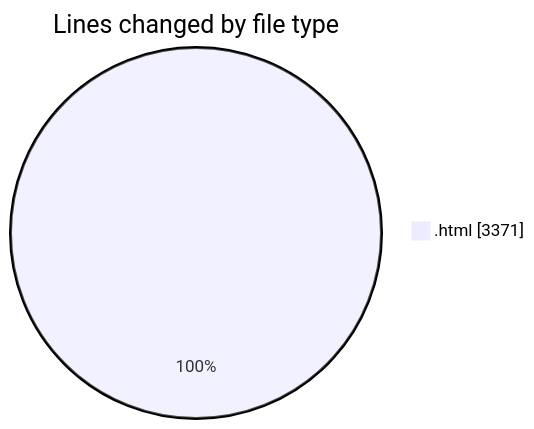
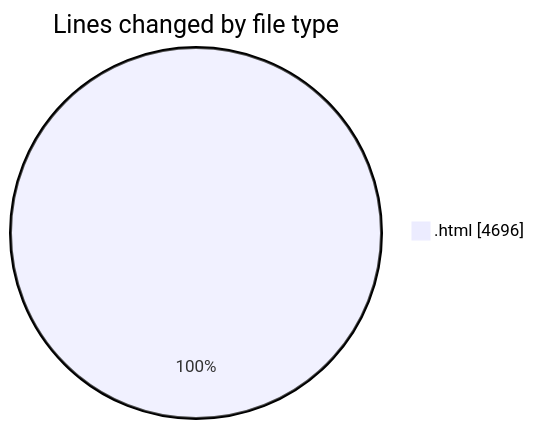
Before and after one commit to LanceThiago/code-tracking: the first of 2 diagrams in 2025-04-24/desktop/README.md, drawn with Mermaid. The commit also changed other lines of this file and 1 other file, not shown here.

````diff
--- a/2025-04-24/desktop/README.md
+++ b/2025-04-24/desktop/README.md
@@ -20,5 +20,5 @@
 ```mermaid
 pie showData
 title Lines changed by file type
-".html" : 3371
+".html" : 4696
 ```
````
